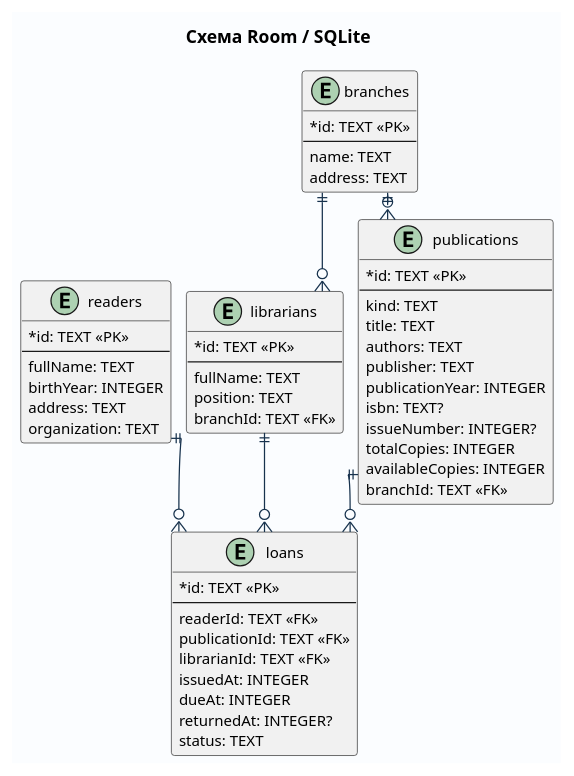
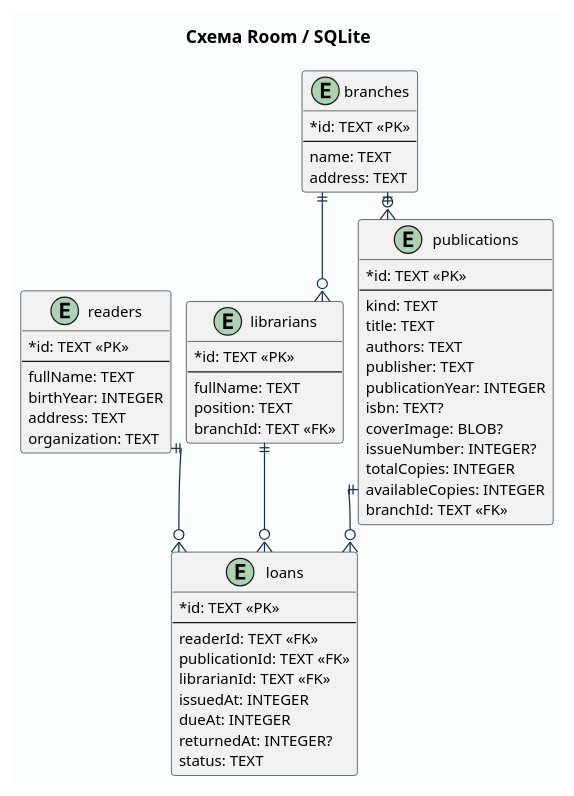
One commit to pank-suai/course-oop-library changed the diagram in docs/images/room_schema.puml. Above: the diagram before and after it, drawn with PlantUML. The commit also changed 24 other files, not shown here.

```diff
--- a/docs/images/room_schema.puml
+++ b/docs/images/room_schema.puml
@@ -1,75 +1,76 @@
 @startuml
 top to bottom direction
 skinparam backgroundColor #FBFDFF
 skinparam shadowing false
 skinparam defaultFontName Arial
 skinparam classFontSize 15
 skinparam classAttributeFontSize 12
 skinparam classAttributeIconSize 0
 skinparam packageStyle rectangle
 skinparam linetype ortho
 skinparam nodesep 12
 skinparam ranksep 22
 skinparam ArrowColor #17324D
 skinparam EntityBorderColor #24739B
 skinparam EntityBackgroundColor #E9F4FB
 skinparam NoteBackgroundColor #FFF5DF
 skinparam NoteBorderColor #B87517
 hide methods
 
 title Схема Room / SQLite
 
 entity readers {
   * id: TEXT <<PK>>
   --
   fullName: TEXT
   birthYear: INTEGER
   address: TEXT
   organization: TEXT
 }
 entity branches {
   * id: TEXT <<PK>>
   --
   name: TEXT
   address: TEXT
 }
 entity librarians {
   * id: TEXT <<PK>>
   --
   fullName: TEXT
   position: TEXT
   branchId: TEXT <<FK>>
 }
 entity publications {
   * id: TEXT <<PK>>
   --
   kind: TEXT
   title: TEXT
   authors: TEXT
   publisher: TEXT
   publicationYear: INTEGER
   isbn: TEXT?
+  coverImage: BLOB?
   issueNumber: INTEGER?
   totalCopies: INTEGER
   availableCopies: INTEGER
   branchId: TEXT <<FK>>
 }
 entity loans {
   * id: TEXT <<PK>>
   --
   readerId: TEXT <<FK>>
   publicationId: TEXT <<FK>>
   librarianId: TEXT <<FK>>
   issuedAt: INTEGER
   dueAt: INTEGER
   returnedAt: INTEGER?
   status: TEXT
 }
 
 branches ||--o{ librarians
 branches ||--o{ publications
 readers ||--o{ loans
 publications ||--o{ loans
 librarians ||--o{ loans
 
 @enduml
```
